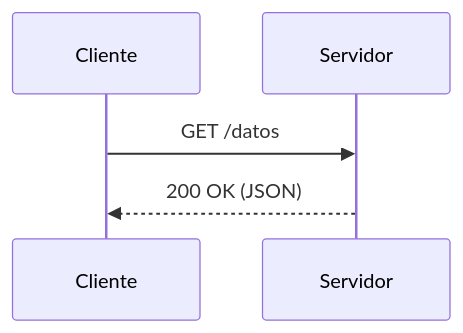
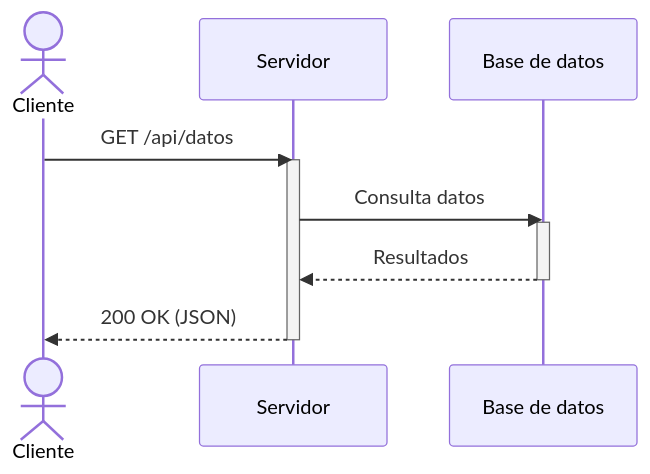
Before and after one commit to MiguelP-Dev/miguelp-dev.github.io: the second of 10 diagrams in _pages/technologies/mermaid.md, drawn with Mermaid. The commit also changed other lines of this file and 10 other files, not shown here.

Commit message:
feat: añade previsualizacion de diagramas mermaid y sus estilos respectivos

````diff
--- a/_pages/technologies/mermaid.md
+++ b/_pages/technologies/mermaid.md
@@ -99,7 +136,15 @@
 ```mermaid
 sequenceDiagram
-  participant Cliente
+  actor Cliente
   participant Servidor
-  Cliente->>Servidor: GET /datos
+  participant Base de datos
+  
+  Cliente->>Servidor: GET /api/datos
+  activate Servidor
+  Servidor->>Base de datos: Consulta datos
+  activate Base de datos
+  Base de datos-->>Servidor: Resultados
+  deactivate Base de datos
   Servidor-->>Cliente: 200 OK (JSON)
+  deactivate Servidor
 ```
````
